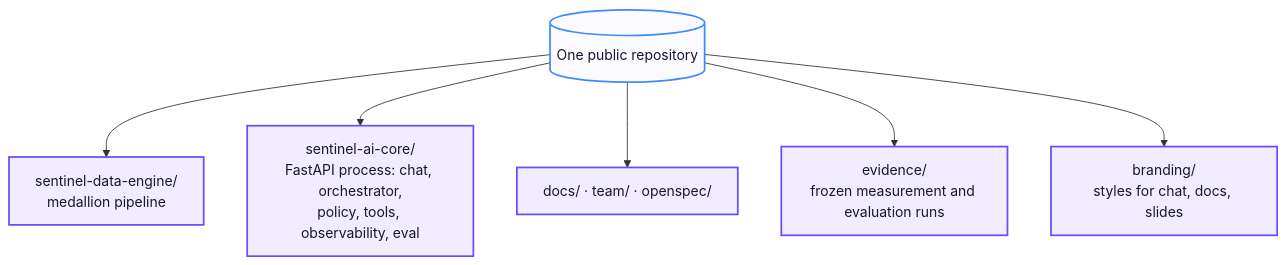
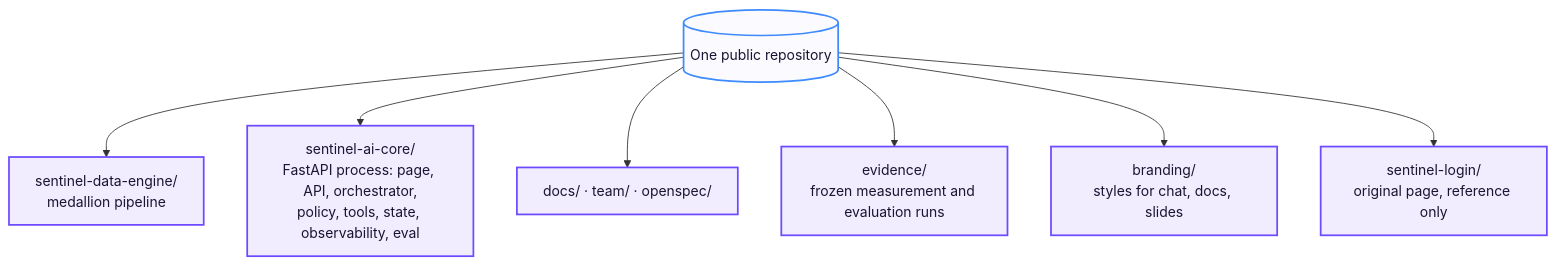
The fifth of 5 diagrams in docs/architecture/system-architecture.md (rdorta27/factored-hackathon-2026-sentinel-engine), drawn with Mermaid before and after one commit. The commit also changed other lines of this file and 8 other files, not shown here.

First line of the commit message:
docs: refresh requirement status, architecture, readme and team tasks

````diff
--- a/docs/architecture/system-architecture.md
+++ b/docs/architecture/system-architecture.md
@@ -183,14 +190,15 @@
 ```mermaid
 flowchart TB
     repo[("One public repository")]
     repo --> data["sentinel-data-engine/<br/>medallion pipeline"]
-    repo --> core["sentinel-ai-core/<br/>FastAPI process: chat, orchestrator,<br/>policy, tools, observability, eval"]
+    repo --> core["sentinel-ai-core/<br/>FastAPI process: page, API, orchestrator,<br/>policy, tools, state, observability, eval"]
     repo --> docs["docs/ · team/ · openspec/"]
     repo --> evidence["evidence/<br/>frozen measurement and evaluation runs"]
     repo --> branding["branding/<br/>styles for chat, docs, slides"]
+    repo --> login["sentinel-login/<br/>original page, reference only"]
 
     classDef comp fill:#f1edff,stroke:#6d4aff,stroke-width:2px,color:#1a1530
     classDef store fill:#fbfaff,stroke:#3d8bff,stroke-width:2px,color:#1a1530
-    class data,core,docs,evidence,branding comp
+    class data,core,docs,evidence,branding,login comp
     class repo store
 ```
````
